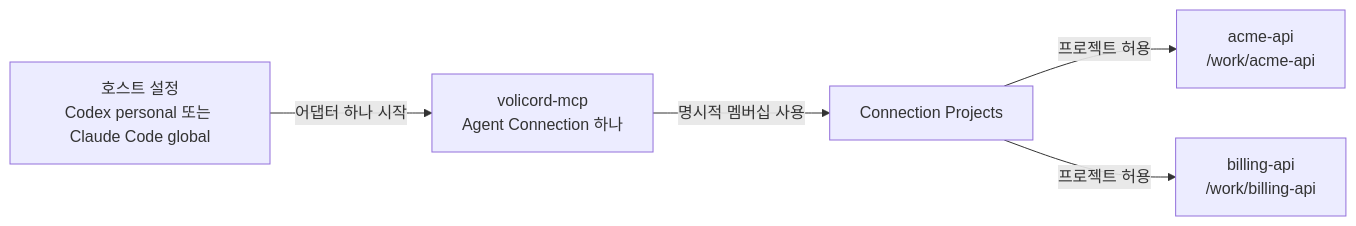
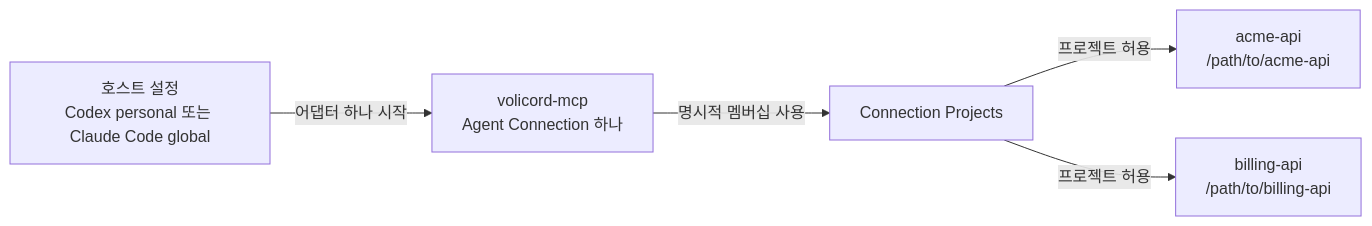
Before and after one commit to minjungw00/Volicord: the diagram in docs/ko/guides/multi-repository-agent-setup.md, drawn with Mermaid. The commit also changed other lines of this file and 13 other files, not shown here.

````diff
--- a/docs/ko/guides/multi-repository-agent-setup.md
+++ b/docs/ko/guides/multi-repository-agent-setup.md
@@ -17,13 +17,13 @@
 ```mermaid
 flowchart LR
   host["호스트 설정\nCodex personal 또는 Claude Code global"]
   mcp["volicord-mcp\nAgent Connection 하나"]
   memberships["Connection Projects"]
-  a["acme-api\n/work/acme-api"]
-  b["billing-api\n/work/billing-api"]
+  a["acme-api\n/path/to/acme-api"]
+  b["billing-api\n/path/to/billing-api"]
 
   host -- "어댑터 하나 시작" --> mcp
   mcp -- "명시적 멤버십 사용" --> memberships
   memberships -- "프로젝트 허용" --> a
   memberships -- "프로젝트 허용" --> b
 ```
````
